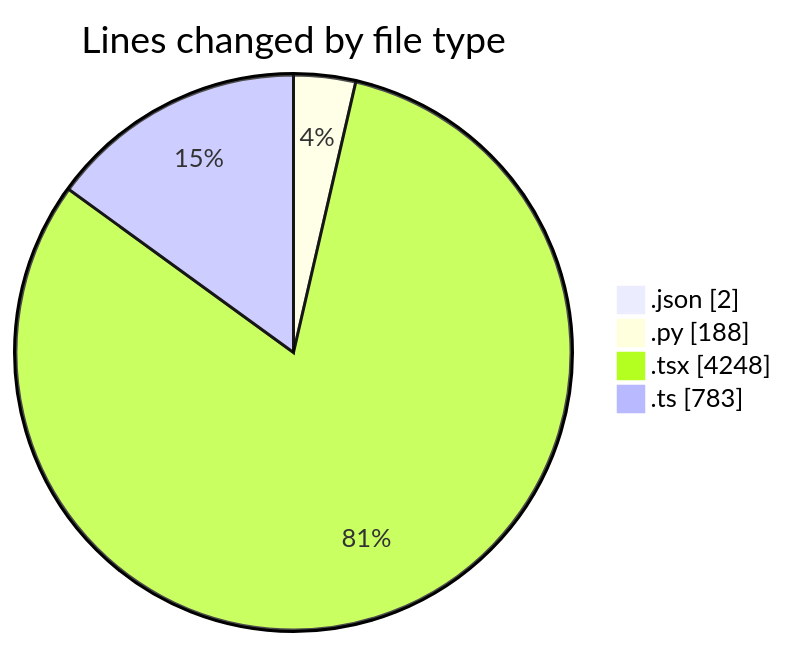
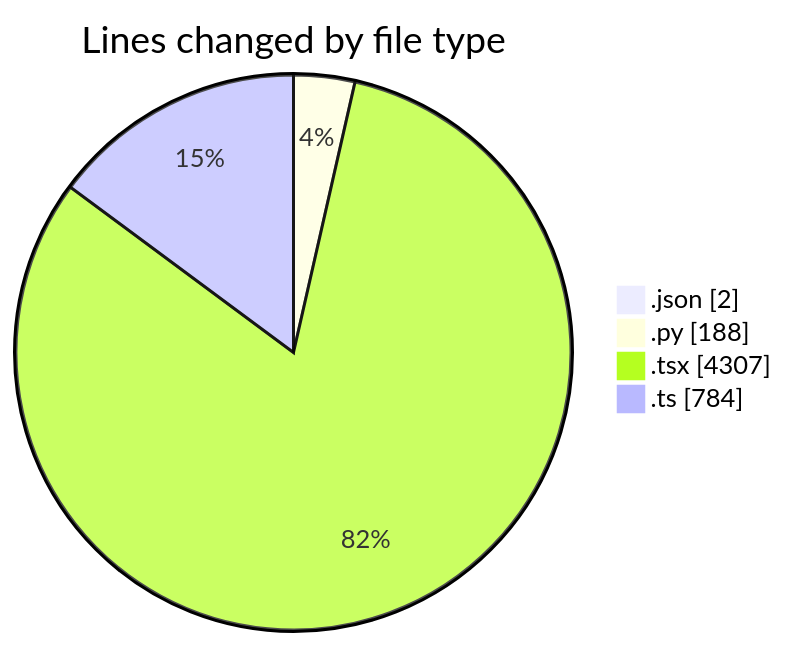
The first of 2 diagrams in 2025-10-06/eventscop-frontend-guide__workspace_/README.md (julien-gomy/code-tracking), drawn with Mermaid before and after one commit. The commit also changed other lines of this file and 1 other file, not shown here.

````diff
--- a/2025-10-06/eventscop-frontend-guide__workspace_/README.md
+++ b/2025-10-06/eventscop-frontend-guide__workspace_/README.md
@@ -50,8 +52,8 @@
 ```mermaid
 pie showData
 title Lines changed by file type
 ".json" : 2
 ".py" : 188
-".tsx" : 4248
-".ts" : 783
+".tsx" : 4307
+".ts" : 784
 ```
````
